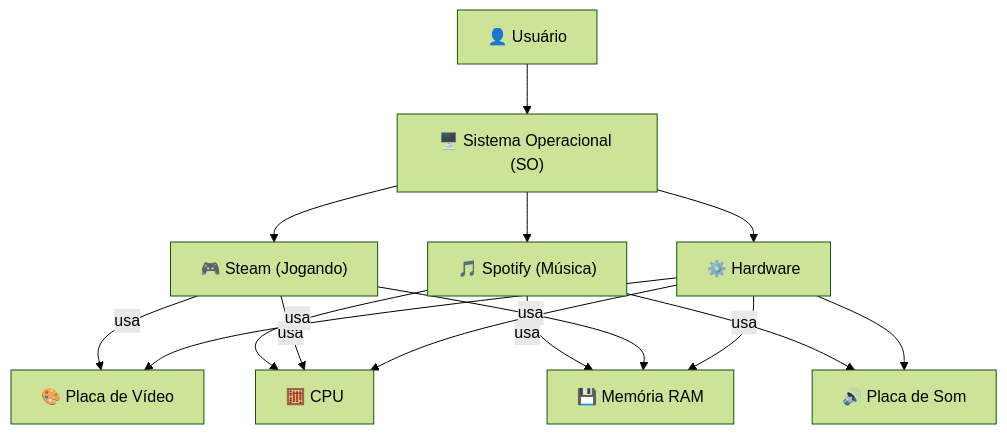
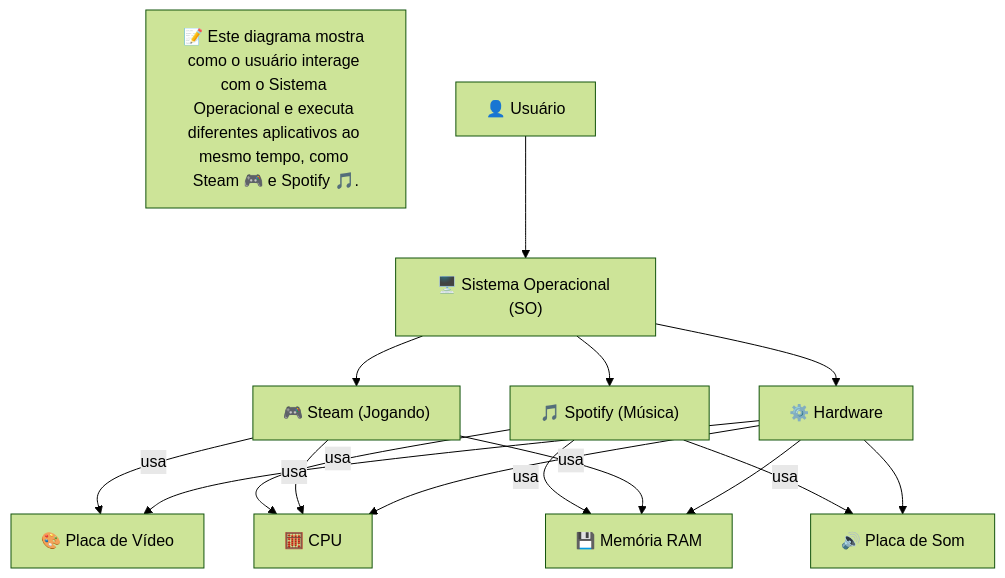
The second of 2 diagrams in README.md (Thecarlosbraga/estudo-sistema-operacional), drawn with Mermaid (forest theme) before and after one commit.

````diff
--- a/README.md
+++ b/README.md
@@ -26,21 +26,22 @@
 ```mermaid
 flowchart TD
+    intro["📝 Este diagrama mostra como o usuário interage com o Sistema Operacional e executa diferentes aplicativos ao mesmo tempo, como Steam 🎮 e Spotify 🎵."]
     U["👤 Usuário"] --> SO["🖥️ Sistema Operacional (SO)"]
 
     SO --> H["⚙️ Hardware"]
     SO --> A1["🎮 Steam (Jogando)"]
     SO --> A2["🎵 Spotify (Música)"]
 
     H --> CPU["🧮 CPU"]
     H --> RAM["💾 Memória RAM"]
     H --> GPU["🎨 Placa de Vídeo"]
     H --> Audio["🔊 Placa de Som"]
 
     A1 -->|usa| CPU
     A1 -->|usa| GPU
     A1 -->|usa| RAM
 
     A2 -->|usa| CPU
     A2 -->|usa| RAM
     A2 -->|usa| Audio
 ```
````
